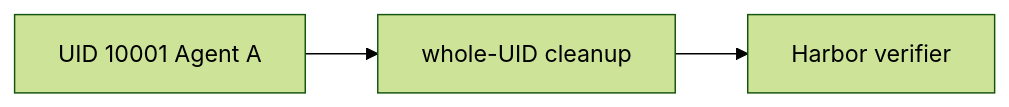
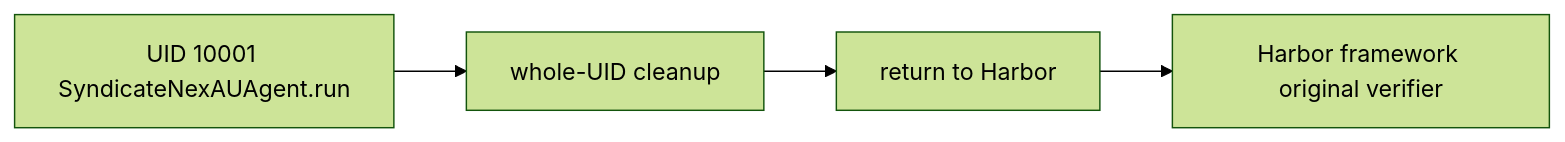
Before and after one commit to divo12/Syndicate: the diagram in docs/harbor-lifecycle.md, drawn with Mermaid (forest theme). The commit also changed other lines of this file and 3 other files, not shown here.

Commit message:
fix(harbor): retain native verifier ownership

````diff
--- a/docs/harbor-lifecycle.md
+++ b/docs/harbor-lifecycle.md
@@ -8,5 +8,6 @@
 ```mermaid
 flowchart LR
-  A[UID 10001 Agent A] --> C[whole-UID cleanup]
-  C --> V[Harbor verifier]
+  A[UID 10001 SyndicateNexAUAgent.run] --> C[whole-UID cleanup]
+  C --> R[return to Harbor]
+  R --> V[Harbor framework original verifier]
 ```
````
